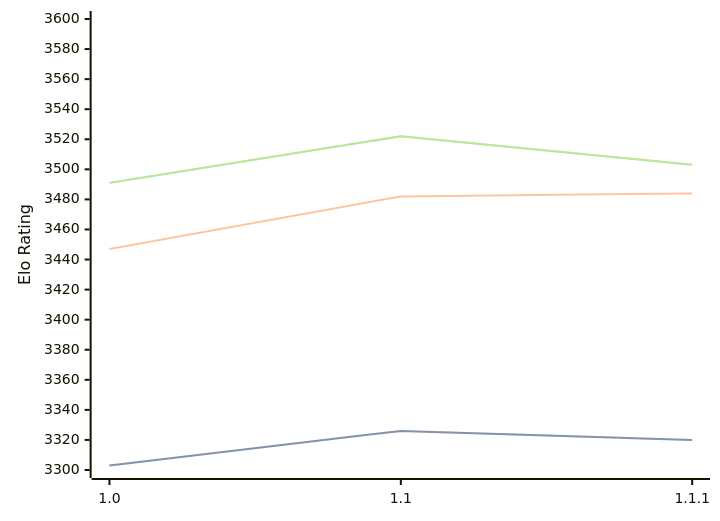
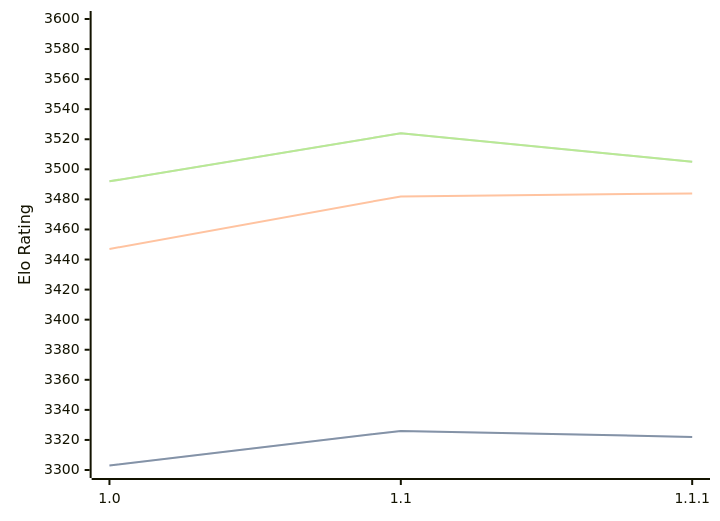
Before and after one commit to computer-chess-index/cci: the diagram in engines/Icarus.md, drawn with Mermaid. The commit also changed other lines of this file, not shown here.

Commit message:
Update CCI Ratings (ELO VLTC) - 2026-07-26

````diff
--- a/engines/Icarus.md
+++ b/engines/Icarus.md
@@ -33,11 +33,11 @@
 ```mermaid
 %%{init: {"theme":"base","themeVariables":{"seriesColors:['#a3a3a3','#222221','#faa371']}}}%%
 xychart-beta
   x-axis ["1.0", "1.1", "1.1.1"]
   y-axis "Elo Rating" 3300 --> 3600
-  line "STC (8.0+0.08s)" [3303, 3326, 3320]
-  line "STC (8.0+0.08s)" [3303, 3326, 3320]
+  line "STC (8.0+0.08s)" [3303, 3326, 3322]
+  line "STC (8.0+0.08s)" [3303, 3326, 3322]
   line "LTC (60.0+0.60s)" [3447, 3482, 3484]
-  line "VLTC (2m24s+1.12s)" [3491, 3522, 3503]
-  line "VLTC (2m24s+1.12s)" [3491, 3522, 3503]
+  line "VLTC (2m24s+1.12s)" [3492, 3524, 3505]
+  line "VLTC (2m24s+1.12s)" [3492, 3524, 3505]
 ```
````
